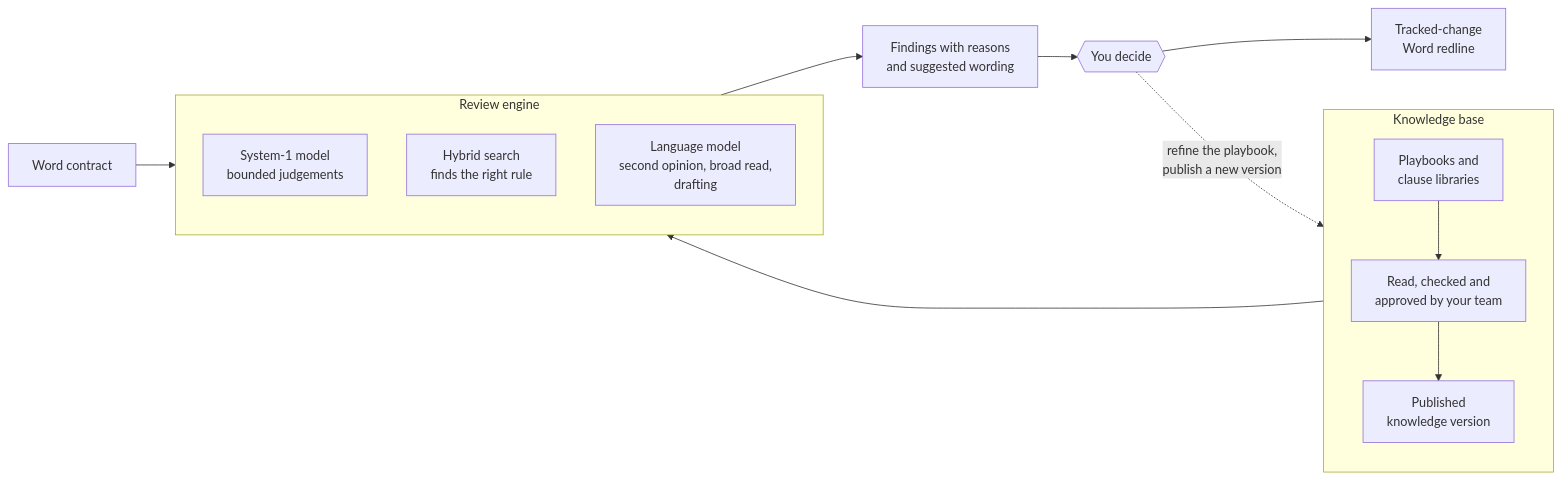
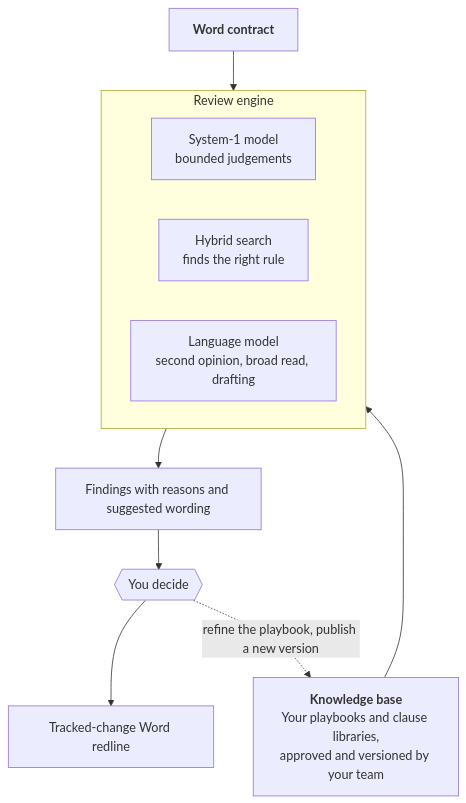
The diagram in README2.md (Shridhar600/Rivell), drawn with Mermaid before and after one commit.

Commit message:
README2: a simpler top-down diagram

````diff
--- a/README2.md
+++ b/README2.md
@@ -42,22 +42,19 @@
 ```mermaid
-flowchart LR
-    subgraph KB["Knowledge base"]
-        direction TB
-        P["Playbooks and<br/>clause libraries"] --> A["Read, checked and<br/>approved by your team"]
-        A --> V["Published<br/>knowledge version"]
+flowchart TB
+    KB["<b>Knowledge base</b><br/>Your playbooks and clause libraries,<br/>approved and versioned by your team"]
+    C["<b>Word contract</b>"]
+
+    subgraph EN["Review engine"]
+        direction LR
+        S1["System-1 model<br/>bounded judgements"]
+        HS["Hybrid search<br/>finds the right rule"]
+        LLM["Language model<br/>second opinion, broad read, drafting"]
     end
 
-    subgraph EN["Review engine"]
-        direction TB
-        S1["System-1 model<br/>bounded judgements"]
-        HS["Hybrid search<br/>finds the right rule"]
-        LLM["Language model<br/>second opinion, broad read,<br/>drafting"]
-    end
-
-    C["Word contract"] --> EN
-    V --> EN
-    EN --> F["Findings with reasons<br/>and suggested wording"]
+    KB --> EN
+    C --> EN
+    EN --> F["Findings with reasons and suggested wording"]
     F --> U{{"You decide"}}
-    U --> R["Tracked-change<br/>Word redline"]
-    U -. "refine the playbook,<br/>publish a new version" .-> A
+    U --> R["Tracked-change Word redline"]
+    U -. "refine the playbook, publish a new version" .-> KB
 ```
````
